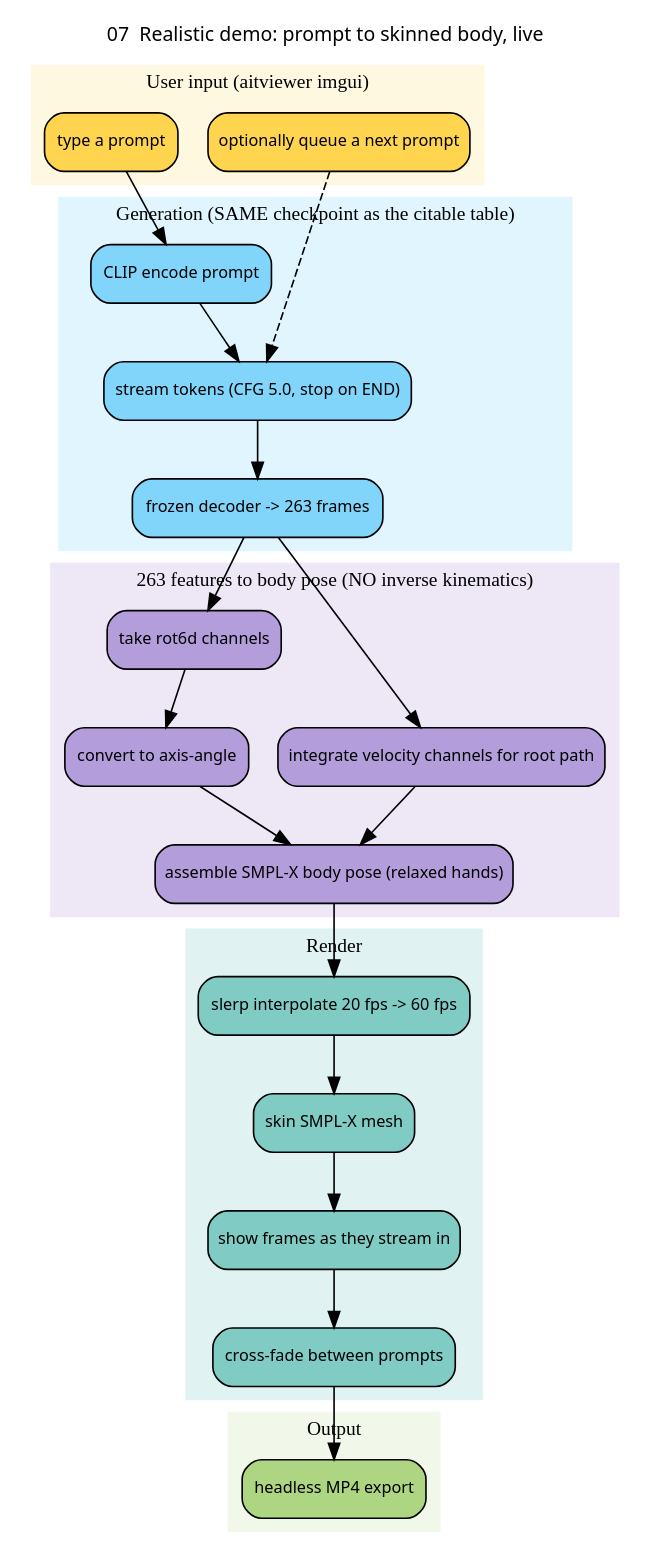
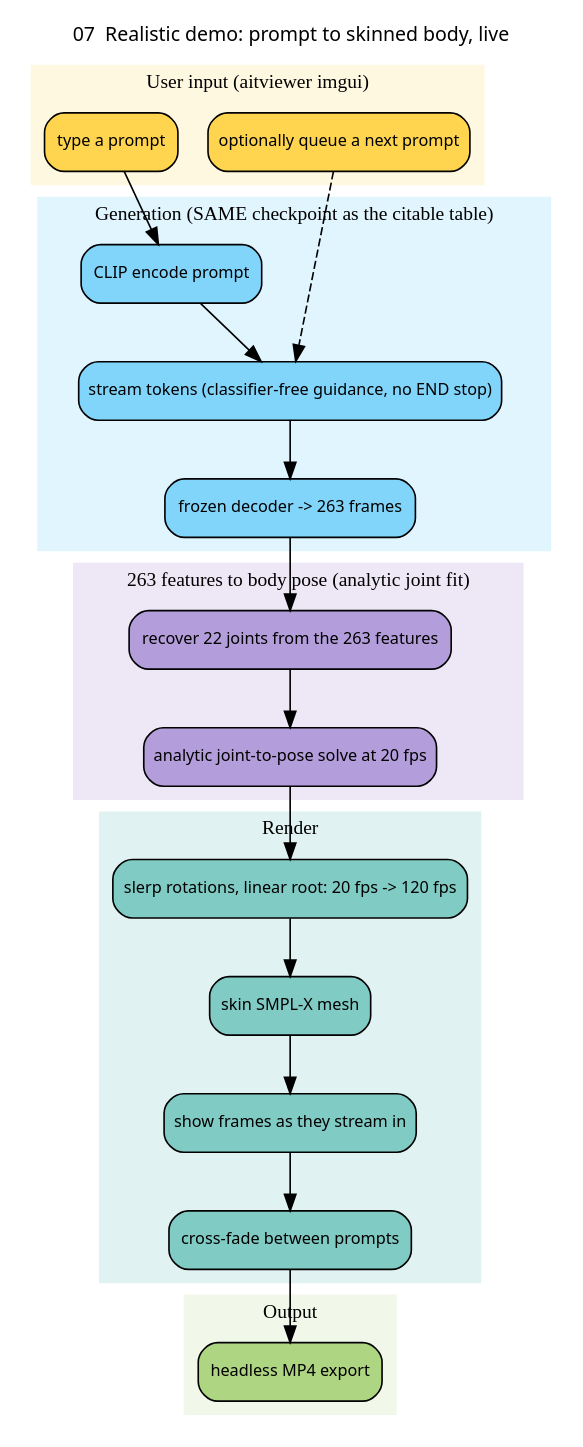
Before and after one commit to CatalinButacu/GenAI-Text2Motion: the diagram in doc/notes/diagrams/demo.dot, drawn with Graphviz. The commit also changed 3 other files, not shown here.

Commit message:
Correct the docs: overlapping intervals are not equality, configs do not inherit, and the demo diagram shows the analytic fit

```diff
--- a/doc/notes/diagrams/demo.dot
+++ b/doc/notes/diagrams/demo.dot
@@ -1,55 +1,53 @@
 // 07 - REALISTIC DEMO (Phase 5). One node = one rendering step. Same checkpoint as the table.
 // Preview: Ctrl+Shift+P -> "Graphviz Interactive Preview: Preview Graphviz / Dot (beside)"
 digraph demo {
     rankdir=TB;
     graph [fontname="Segoe UI", fontsize=12, labelloc="t", label="07  Realistic demo: prompt to skinned body, live"];
     node  [shape=box, style="rounded,filled", fontname="Segoe UI", fontsize=10];
     edge  [fontname="Segoe UI", fontsize=9];
 
     subgraph cluster_in {
         label="User input (aitviewer imgui)";
         style=filled; color="#fff8e1"; fontname="Segoe UI Semibold"; node [fillcolor="#ffd54f"];
         prompt [label="type a prompt"];
         chain  [label="optionally queue a next prompt"];
     }
 
     subgraph cluster_gen {
         label="Generation (SAME checkpoint as the citable table)";
         style=filled; color="#e1f5fe"; fontname="Segoe UI Semibold"; node [fillcolor="#81d4fa"];
         clip   [label="CLIP encode prompt"];
-        stream [label="stream tokens (CFG 5.0, stop on END)"];
+        stream [label="stream tokens (classifier-free guidance, no END stop)"];
         decode [label="frozen decoder -> 263 frames"];
         clip -> stream -> decode;
     }
 
     subgraph cluster_pose {
-        label="263 features to body pose (NO inverse kinematics)";
+        label="263 features to body pose (analytic joint fit)";
         style=filled; color="#ede7f6"; fontname="Segoe UI Semibold"; node [fillcolor="#b39ddb"];
-        rot6d  [label="take rot6d channels"];
-        aa     [label="convert to axis-angle"];
-        root   [label="integrate velocity channels for root path"];
-        pose   [label="assemble SMPL-X body pose (relaxed hands)"];
-        rot6d -> aa -> pose; root -> pose;
+        joints [label="recover 22 joints from the 263 features"];
+        solve  [label="analytic joint-to-pose solve at 20 fps"];
+        joints -> solve;
     }
 
     subgraph cluster_render {
         label="Render";
         style=filled; color="#e0f2f1"; fontname="Segoe UI Semibold"; node [fillcolor="#80cbc4"];
-        slerp  [label="slerp interpolate 20 fps -> 60 fps"];
+        slerp  [label="slerp rotations, linear root: 20 fps -> 120 fps"];
         skin   [label="skin SMPL-X mesh"];
         live   [label="show frames as they stream in"];
         fade   [label="cross-fade between prompts"];
         slerp -> skin -> live; live -> fade;
     }
 
     subgraph cluster_out {
         label="Output";
         style=filled; color="#f1f8e9"; fontname="Segoe UI Semibold"; node [fillcolor="#aed581"];
         mp4    [label="headless MP4 export"];
     }
 
     prompt -> clip; chain -> stream [style=dashed];
-    decode -> rot6d; decode -> root;
-    pose -> slerp;
+    decode -> joints;
+    solve -> slerp;
     fade -> mp4;
 }
```
